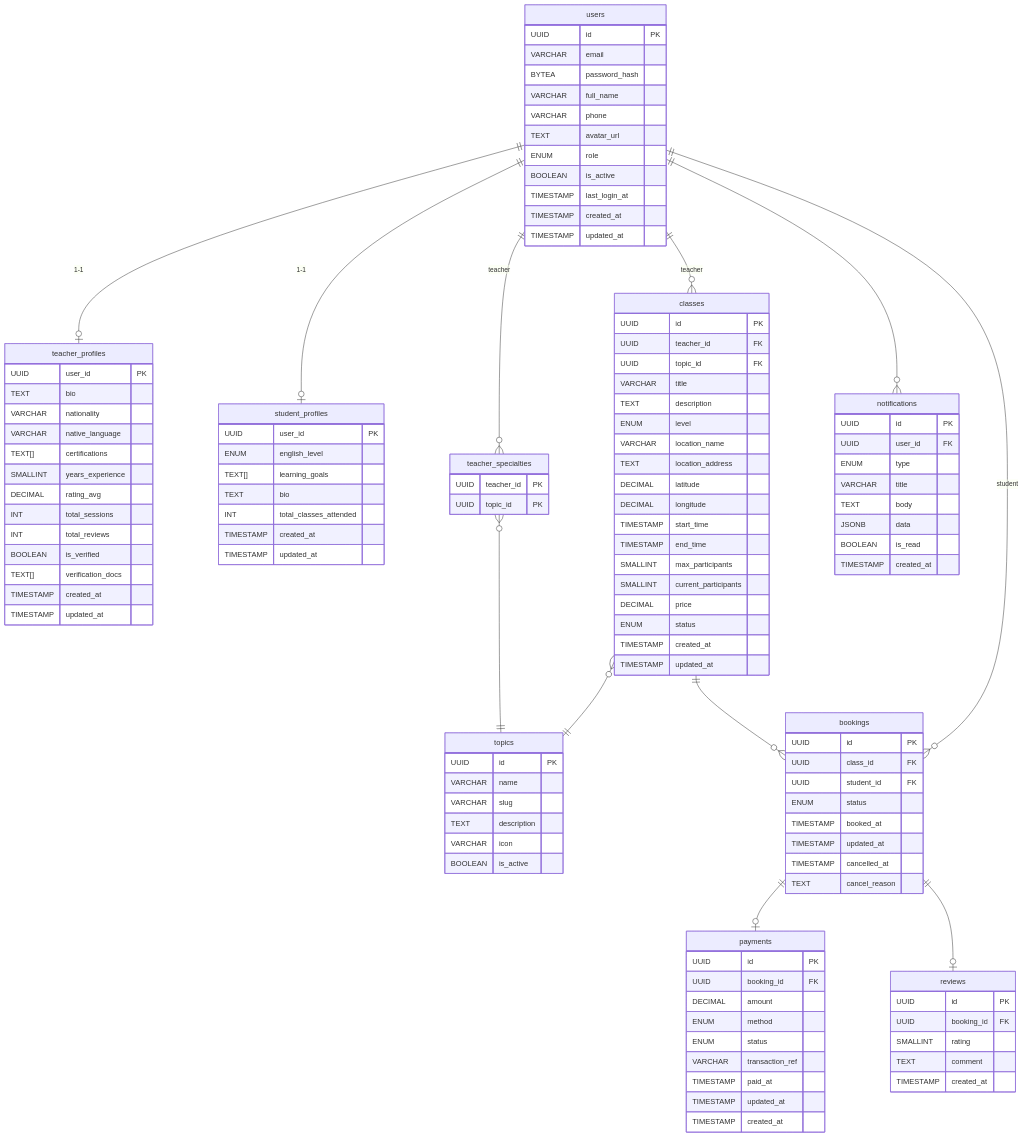
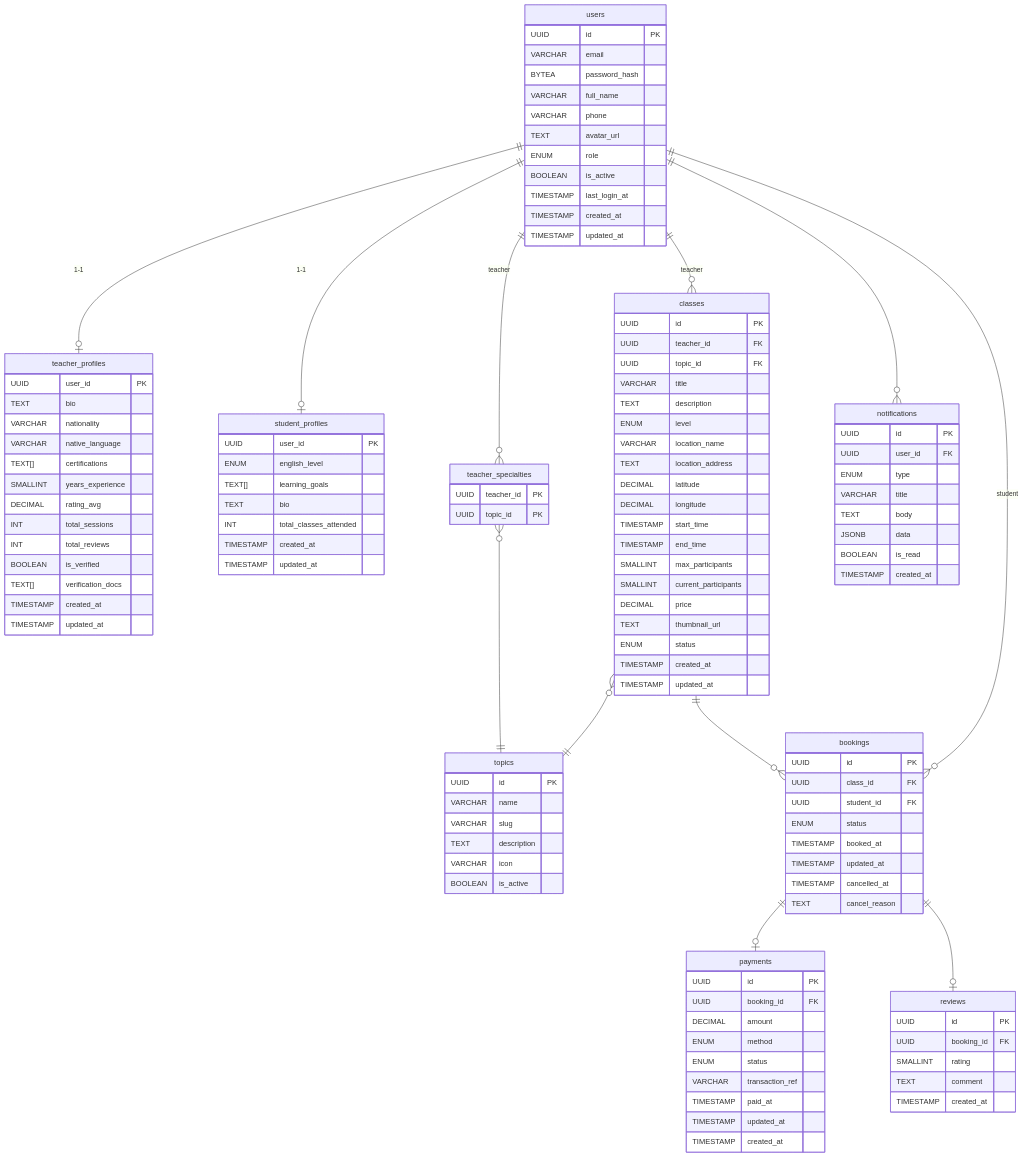
Before and after one commit to luongnc2k/econnect: the diagram in docs/erd.md, drawn with Mermaid. The commit also changed other lines of this file and 7 other files, not shown here.

```diff
--- a/docs/erd.md
+++ b/docs/erd.md
@@ -80,6 +80,7 @@
         SMALLINT max_participants
         SMALLINT current_participants
         DECIMAL price
+        TEXT thumbnail_url
         ENUM status
         TIMESTAMP created_at
         TIMESTAMP updated_at
```
